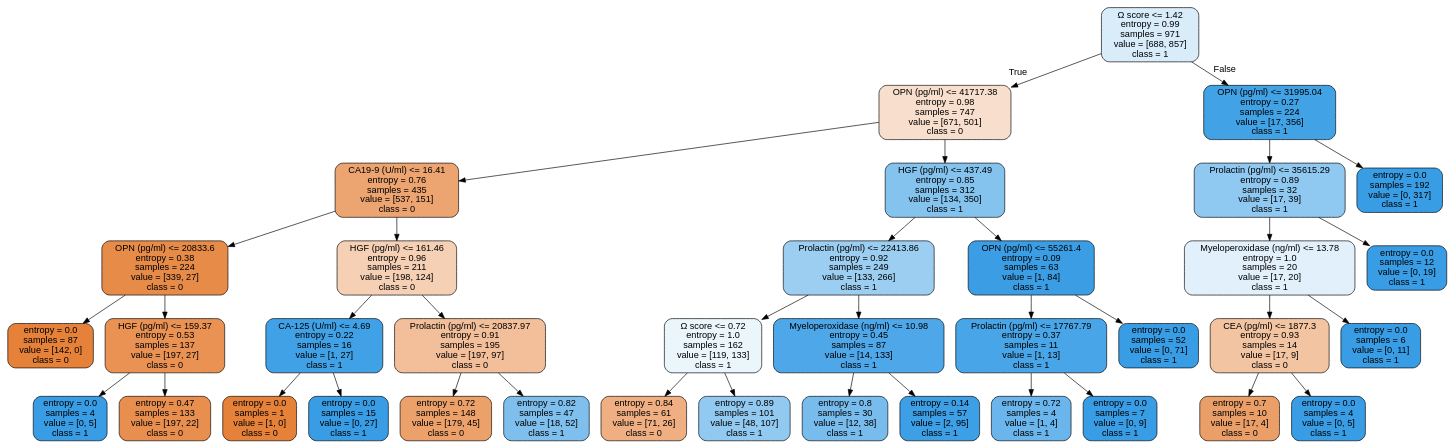
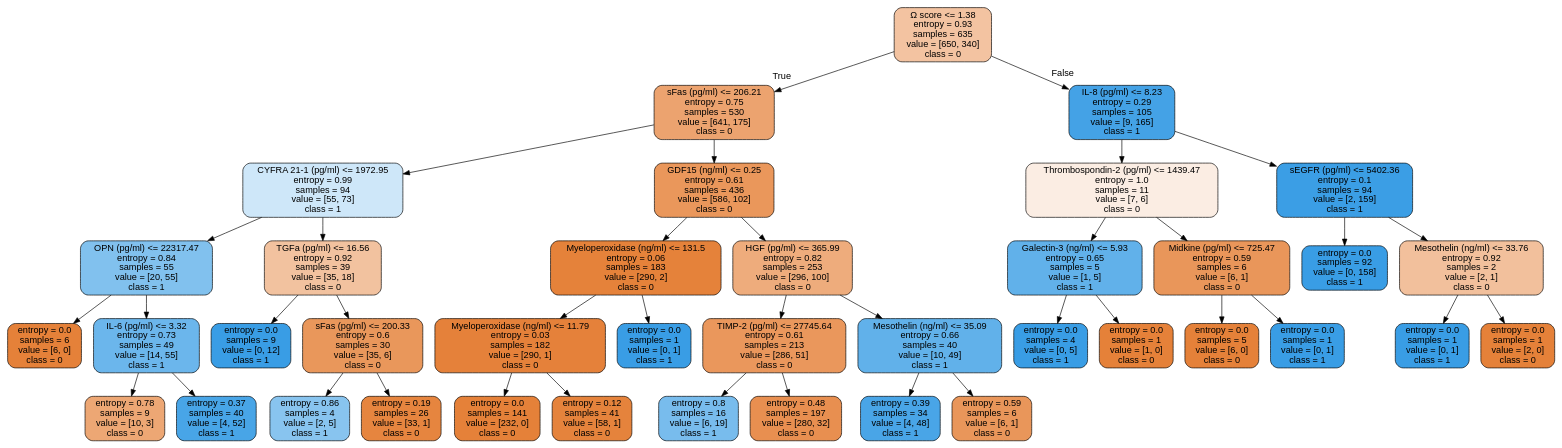
One commit to ChrisWilhelm/MachineLearningFinalProject changed the diagram in dem_tree.dot. Above: the diagram before and after it, drawn with Graphviz. The commit also changed 40 other files, not shown here.

```diff
--- a/dem_tree.dot
+++ b/dem_tree.dot
@@ -1,77 +1,81 @@
 digraph Tree {
 node [shape=box, style="filled, rounded", color="black", fontname="helvetica"] ;
 edge [fontname="helvetica"] ;
-0 [label="Ω score <= 1.42\nentropy = 0.99\nsamples = 971\nvalue = [688, 857]\nclass = 1", fillcolor="#d8ecfa"] ;
-1 [label="OPN (pg/ml) <= 41717.38\nentropy = 0.98\nsamples = 747\nvalue = [671, 501]\nclass = 0", fillcolor="#f8dfcd"] ;
+0 [label="Ω score <= 1.38\nentropy = 0.93\nsamples = 635\nvalue = [650, 340]\nclass = 0", fillcolor="#f3c3a1"] ;
+1 [label="sFas (pg/ml) <= 206.21\nentropy = 0.75\nsamples = 530\nvalue = [641, 175]\nclass = 0", fillcolor="#eca36f"] ;
 0 -> 1 [labeldistance=2.5, labelangle=45, headlabel="True"] ;
-2 [label="CA19-9 (U/ml) <= 16.41\nentropy = 0.76\nsamples = 435\nvalue = [537, 151]\nclass = 0", fillcolor="#eca471"] ;
+2 [label="CYFRA 21-1 (pg/ml) <= 1972.95\nentropy = 0.99\nsamples = 94\nvalue = [55, 73]\nclass = 1", fillcolor="#cee7f9"] ;
 1 -> 2 ;
-3 [label="OPN (pg/ml) <= 20833.6\nentropy = 0.38\nsamples = 224\nvalue = [339, 27]\nclass = 0", fillcolor="#e78b49"] ;
+3 [label="OPN (pg/ml) <= 22317.47\nentropy = 0.84\nsamples = 55\nvalue = [20, 55]\nclass = 1", fillcolor="#81c1ee"] ;
 2 -> 3 ;
-4 [label="entropy = 0.0\nsamples = 87\nvalue = [142, 0]\nclass = 0", fillcolor="#e58139"] ;
+4 [label="entropy = 0.0\nsamples = 6\nvalue = [6, 0]\nclass = 0", fillcolor="#e58139"] ;
 3 -> 4 ;
-5 [label="HGF (pg/ml) <= 159.37\nentropy = 0.53\nsamples = 137\nvalue = [197, 27]\nclass = 0", fillcolor="#e99254"] ;
+5 [label="IL-6 (pg/ml) <= 3.32\nentropy = 0.73\nsamples = 49\nvalue = [14, 55]\nclass = 1", fillcolor="#6bb6ec"] ;
 3 -> 5 ;
-6 [label="entropy = 0.0\nsamples = 4\nvalue = [0, 5]\nclass = 1", fillcolor="#399de5"] ;
+6 [label="entropy = 0.78\nsamples = 9\nvalue = [10, 3]\nclass = 0", fillcolor="#eda774"] ;
 5 -> 6 ;
-7 [label="entropy = 0.47\nsamples = 133\nvalue = [197, 22]\nclass = 0", fillcolor="#e88f4f"] ;
+7 [label="entropy = 0.37\nsamples = 40\nvalue = [4, 52]\nclass = 1", fillcolor="#48a5e7"] ;
 5 -> 7 ;
-8 [label="HGF (pg/ml) <= 161.46\nentropy = 0.96\nsamples = 211\nvalue = [198, 124]\nclass = 0", fillcolor="#f5d0b5"] ;
+8 [label="TGFa (pg/ml) <= 16.56\nentropy = 0.92\nsamples = 39\nvalue = [35, 18]\nclass = 0", fillcolor="#f2c29f"] ;
 2 -> 8 ;
-9 [label="CA-125 (U/ml) <= 4.69\nentropy = 0.22\nsamples = 16\nvalue = [1, 27]\nclass = 1", fillcolor="#40a1e6"] ;
+9 [label="entropy = 0.0\nsamples = 9\nvalue = [0, 12]\nclass = 1", fillcolor="#399de5"] ;
 8 -> 9 ;
-10 [label="entropy = 0.0\nsamples = 1\nvalue = [1, 0]\nclass = 0", fillcolor="#e58139"] ;
-9 -> 10 ;
-11 [label="entropy = 0.0\nsamples = 15\nvalue = [0, 27]\nclass = 1", fillcolor="#399de5"] ;
-9 -> 11 ;
-12 [label="Prolactin (pg/ml) <= 20837.97\nentropy = 0.91\nsamples = 195\nvalue = [197, 97]\nclass = 0", fillcolor="#f2bf9a"] ;
-8 -> 12 ;
-13 [label="entropy = 0.72\nsamples = 148\nvalue = [179, 45]\nclass = 0", fillcolor="#eca16b"] ;
-12 -> 13 ;
-14 [label="entropy = 0.82\nsamples = 47\nvalue = [18, 52]\nclass = 1", fillcolor="#7ebfee"] ;
-12 -> 14 ;
-15 [label="HGF (pg/ml) <= 437.49\nentropy = 0.85\nsamples = 312\nvalue = [134, 350]\nclass = 1", fillcolor="#85c3ef"] ;
-1 -> 15 ;
-16 [label="Prolactin (pg/ml) <= 22413.86\nentropy = 0.92\nsamples = 249\nvalue = [133, 266]\nclass = 1", fillcolor="#9ccef2"] ;
+10 [label="sFas (pg/ml) <= 200.33\nentropy = 0.6\nsamples = 30\nvalue = [35, 6]\nclass = 0", fillcolor="#e9975b"] ;
+8 -> 10 ;
+11 [label="entropy = 0.86\nsamples = 4\nvalue = [2, 5]\nclass = 1", fillcolor="#88c4ef"] ;
+10 -> 11 ;
+12 [label="entropy = 0.19\nsamples = 26\nvalue = [33, 1]\nclass = 0", fillcolor="#e6853f"] ;
+10 -> 12 ;
+13 [label="GDF15 (ng/ml) <= 0.25\nentropy = 0.61\nsamples = 436\nvalue = [586, 102]\nclass = 0", fillcolor="#ea975b"] ;
+1 -> 13 ;
+14 [label="Myeloperoxidase (ng/ml) <= 131.5\nentropy = 0.06\nsamples = 183\nvalue = [290, 2]\nclass = 0", fillcolor="#e5823a"] ;
+13 -> 14 ;
+15 [label="Myeloperoxidase (ng/ml) <= 11.79\nentropy = 0.03\nsamples = 182\nvalue = [290, 1]\nclass = 0", fillcolor="#e5813a"] ;
+14 -> 15 ;
+16 [label="entropy = 0.0\nsamples = 141\nvalue = [232, 0]\nclass = 0", fillcolor="#e58139"] ;
 15 -> 16 ;
-17 [label="Ω score <= 0.72\nentropy = 1.0\nsamples = 162\nvalue = [119, 133]\nclass = 1", fillcolor="#eaf5fc"] ;
-16 -> 17 ;
-18 [label="entropy = 0.84\nsamples = 61\nvalue = [71, 26]\nclass = 0", fillcolor="#efaf82"] ;
-17 -> 18 ;
-19 [label="entropy = 0.89\nsamples = 101\nvalue = [48, 107]\nclass = 1", fillcolor="#92c9f1"] ;
-17 -> 19 ;
-20 [label="Myeloperoxidase (ng/ml) <= 10.98\nentropy = 0.45\nsamples = 87\nvalue = [14, 133]\nclass = 1", fillcolor="#4ea7e8"] ;
-16 -> 20 ;
-21 [label="entropy = 0.8\nsamples = 30\nvalue = [12, 38]\nclass = 1", fillcolor="#78bced"] ;
+17 [label="entropy = 0.12\nsamples = 41\nvalue = [58, 1]\nclass = 0", fillcolor="#e5833c"] ;
+15 -> 17 ;
+18 [label="entropy = 0.0\nsamples = 1\nvalue = [0, 1]\nclass = 1", fillcolor="#399de5"] ;
+14 -> 18 ;
+19 [label="HGF (pg/ml) <= 365.99\nentropy = 0.82\nsamples = 253\nvalue = [296, 100]\nclass = 0", fillcolor="#eeac7c"] ;
+13 -> 19 ;
+20 [label="TIMP-2 (pg/ml) <= 27745.64\nentropy = 0.61\nsamples = 213\nvalue = [286, 51]\nclass = 0", fillcolor="#ea975c"] ;
+19 -> 20 ;
+21 [label="entropy = 0.8\nsamples = 16\nvalue = [6, 19]\nclass = 1", fillcolor="#78bced"] ;
 20 -> 21 ;
-22 [label="entropy = 0.14\nsamples = 57\nvalue = [2, 95]\nclass = 1", fillcolor="#3d9fe6"] ;
+22 [label="entropy = 0.48\nsamples = 197\nvalue = [280, 32]\nclass = 0", fillcolor="#e88f50"] ;
 20 -> 22 ;
-23 [label="OPN (pg/ml) <= 55261.4\nentropy = 0.09\nsamples = 63\nvalue = [1, 84]\nclass = 1", fillcolor="#3b9ee5"] ;
-15 -> 23 ;
-24 [label="Prolactin (pg/ml) <= 17767.79\nentropy = 0.37\nsamples = 11\nvalue = [1, 13]\nclass = 1", fillcolor="#48a5e7"] ;
+23 [label="Mesothelin (ng/ml) <= 35.09\nentropy = 0.66\nsamples = 40\nvalue = [10, 49]\nclass = 1", fillcolor="#61b1ea"] ;
+19 -> 23 ;
+24 [label="entropy = 0.39\nsamples = 34\nvalue = [4, 48]\nclass = 1", fillcolor="#49a5e7"] ;
 23 -> 24 ;
-25 [label="entropy = 0.72\nsamples = 4\nvalue = [1, 4]\nclass = 1", fillcolor="#6ab6ec"] ;
-24 -> 25 ;
-26 [label="entropy = 0.0\nsamples = 7\nvalue = [0, 9]\nclass = 1", fillcolor="#399de5"] ;
-24 -> 26 ;
-27 [label="entropy = 0.0\nsamples = 52\nvalue = [0, 71]\nclass = 1", fillcolor="#399de5"] ;
-23 -> 27 ;
-28 [label="OPN (pg/ml) <= 31995.04\nentropy = 0.27\nsamples = 224\nvalue = [17, 356]\nclass = 1", fillcolor="#42a2e6"] ;
-0 -> 28 [labeldistance=2.5, labelangle=-45, headlabel="False"] ;
-29 [label="Prolactin (pg/ml) <= 35615.29\nentropy = 0.89\nsamples = 32\nvalue = [17, 39]\nclass = 1", fillcolor="#8fc8f0"] ;
+25 [label="entropy = 0.59\nsamples = 6\nvalue = [6, 1]\nclass = 0", fillcolor="#e9965a"] ;
+23 -> 25 ;
+26 [label="IL-8 (pg/ml) <= 8.23\nentropy = 0.29\nsamples = 105\nvalue = [9, 165]\nclass = 1", fillcolor="#44a2e6"] ;
+0 -> 26 [labeldistance=2.5, labelangle=-45, headlabel="False"] ;
+27 [label="Thrombospondin-2 (pg/ml) <= 1439.47\nentropy = 1.0\nsamples = 11\nvalue = [7, 6]\nclass = 0", fillcolor="#fbede3"] ;
+26 -> 27 ;
+28 [label="Galectin-3 (ng/ml) <= 5.93\nentropy = 0.65\nsamples = 5\nvalue = [1, 5]\nclass = 1", fillcolor="#61b1ea"] ;
+27 -> 28 ;
+29 [label="entropy = 0.0\nsamples = 4\nvalue = [0, 5]\nclass = 1", fillcolor="#399de5"] ;
 28 -> 29 ;
-30 [label="Myeloperoxidase (ng/ml) <= 13.78\nentropy = 1.0\nsamples = 20\nvalue = [17, 20]\nclass = 1", fillcolor="#e1f0fb"] ;
-29 -> 30 ;
-31 [label="CEA (pg/ml) <= 1877.3\nentropy = 0.93\nsamples = 14\nvalue = [17, 9]\nclass = 0", fillcolor="#f3c4a2"] ;
-30 -> 31 ;
-32 [label="entropy = 0.7\nsamples = 10\nvalue = [17, 4]\nclass = 0", fillcolor="#eb9f68"] ;
+30 [label="entropy = 0.0\nsamples = 1\nvalue = [1, 0]\nclass = 0", fillcolor="#e58139"] ;
+28 -> 30 ;
+31 [label="Midkine (pg/ml) <= 725.47\nentropy = 0.59\nsamples = 6\nvalue = [6, 1]\nclass = 0", fillcolor="#e9965a"] ;
+27 -> 31 ;
+32 [label="entropy = 0.0\nsamples = 5\nvalue = [6, 0]\nclass = 0", fillcolor="#e58139"] ;
 31 -> 32 ;
-33 [label="entropy = 0.0\nsamples = 4\nvalue = [0, 5]\nclass = 1", fillcolor="#399de5"] ;
+33 [label="entropy = 0.0\nsamples = 1\nvalue = [0, 1]\nclass = 1", fillcolor="#399de5"] ;
 31 -> 33 ;
-34 [label="entropy = 0.0\nsamples = 6\nvalue = [0, 11]\nclass = 1", fillcolor="#399de5"] ;
-30 -> 34 ;
-35 [label="entropy = 0.0\nsamples = 12\nvalue = [0, 19]\nclass = 1", fillcolor="#399de5"] ;
-29 -> 35 ;
-36 [label="entropy = 0.0\nsamples = 192\nvalue = [0, 317]\nclass = 1", fillcolor="#399de5"] ;
-28 -> 36 ;
+34 [label="sEGFR (pg/ml) <= 5402.36\nentropy = 0.1\nsamples = 94\nvalue = [2, 159]\nclass = 1", fillcolor="#3b9ee5"] ;
+26 -> 34 ;
+35 [label="entropy = 0.0\nsamples = 92\nvalue = [0, 158]\nclass = 1", fillcolor="#399de5"] ;
+34 -> 35 ;
+36 [label="Mesothelin (ng/ml) <= 33.76\nentropy = 0.92\nsamples = 2\nvalue = [2, 1]\nclass = 0", fillcolor="#f2c09c"] ;
+34 -> 36 ;
+37 [label="entropy = 0.0\nsamples = 1\nvalue = [0, 1]\nclass = 1", fillcolor="#399de5"] ;
+36 -> 37 ;
+38 [label="entropy = 0.0\nsamples = 1\nvalue = [2, 0]\nclass = 0", fillcolor="#e58139"] ;
+36 -> 38 ;
 }
```
